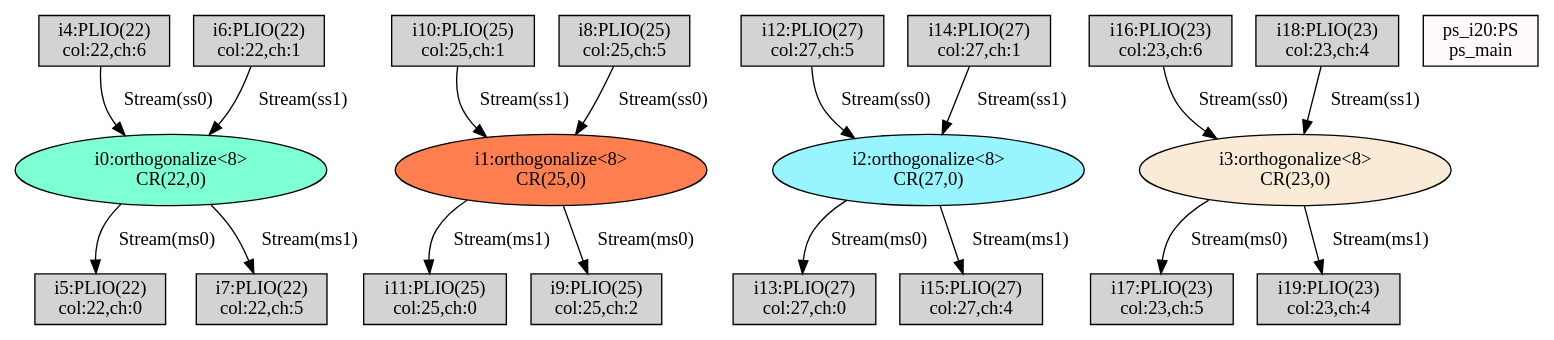
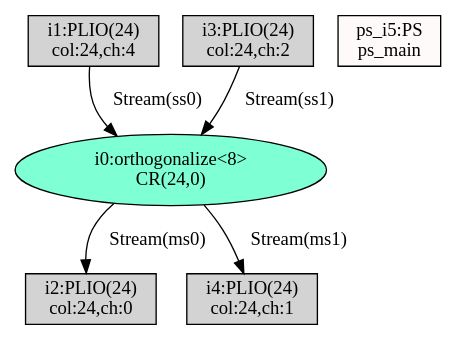
One commit to lxy-littlechai/SVD changed the diagram in Jacobi_AIE_Scalar/Work/temp/TopGraph_mapped_post.dot. Above: the diagram before and after it, drawn with Graphviz. The commit also changed 119 other files, not shown here.

Commit message:
Even Array Graph Done

```diff
--- a/Jacobi_AIE_Scalar/Work/temp/TopGraph_mapped_post.dot
+++ b/Jacobi_AIE_Scalar/Work/temp/TopGraph_mapped_post.dot
@@ -1,40 +1,13 @@
 digraph G { 
-"i0:orthogonalize<8>\n CR(22,0)"[style=filled, fillcolor=aquamarine]; 
-"i1:orthogonalize<8>\n CR(25,0)"[style=filled, fillcolor=coral]; 
-"i10:PLIO(25)\ncol:25,ch:1"[shape=box, style=filled, fillcolor=lightgrey]; 
-"i11:PLIO(25)\ncol:25,ch:0"[shape=box, style=filled, fillcolor=lightgrey]; 
-"i12:PLIO(27)\ncol:27,ch:5"[shape=box, style=filled, fillcolor=lightgrey]; 
-"i13:PLIO(27)\ncol:27,ch:0"[shape=box, style=filled, fillcolor=lightgrey]; 
-"i14:PLIO(27)\ncol:27,ch:1"[shape=box, style=filled, fillcolor=lightgrey]; 
-"i15:PLIO(27)\ncol:27,ch:4"[shape=box, style=filled, fillcolor=lightgrey]; 
-"i16:PLIO(23)\ncol:23,ch:6"[shape=box, style=filled, fillcolor=lightgrey]; 
-"i17:PLIO(23)\ncol:23,ch:5"[shape=box, style=filled, fillcolor=lightgrey]; 
-"i18:PLIO(23)\ncol:23,ch:4"[shape=box, style=filled, fillcolor=lightgrey]; 
-"i19:PLIO(23)\ncol:23,ch:4"[shape=box, style=filled, fillcolor=lightgrey]; 
-"i2:orthogonalize<8>\n CR(27,0)"[style=filled, fillcolor=cadetblue1]; 
-"i3:orthogonalize<8>\n CR(23,0)"[style=filled, fillcolor=antiquewhite]; 
-"i4:PLIO(22)\ncol:22,ch:6"[shape=box, style=filled, fillcolor=lightgrey]; 
-"i5:PLIO(22)\ncol:22,ch:0"[shape=box, style=filled, fillcolor=lightgrey]; 
-"i6:PLIO(22)\ncol:22,ch:1"[shape=box, style=filled, fillcolor=lightgrey]; 
-"i7:PLIO(22)\ncol:22,ch:5"[shape=box, style=filled, fillcolor=lightgrey]; 
-"i8:PLIO(25)\ncol:25,ch:5"[shape=box, style=filled, fillcolor=lightgrey]; 
-"i9:PLIO(25)\ncol:25,ch:2"[shape=box, style=filled, fillcolor=lightgrey]; 
-"ps_i20:PS\nps_main"[shape=box, style=filled, fillcolor=snow]; 
-"i4:PLIO(22)\ncol:22,ch:6" -> "i0:orthogonalize<8>\n CR(22,0)"[label=" Stream(ss0)"];
-"i6:PLIO(22)\ncol:22,ch:1" -> "i0:orthogonalize<8>\n CR(22,0)"[label=" Stream(ss1)"];
-"i0:orthogonalize<8>\n CR(22,0)" -> "i5:PLIO(22)\ncol:22,ch:0"[label=" Stream(ms0)"];
-"i0:orthogonalize<8>\n CR(22,0)" -> "i7:PLIO(22)\ncol:22,ch:5"[label=" Stream(ms1)"];
-"i8:PLIO(25)\ncol:25,ch:5" -> "i1:orthogonalize<8>\n CR(25,0)"[label=" Stream(ss0)"];
-"i10:PLIO(25)\ncol:25,ch:1" -> "i1:orthogonalize<8>\n CR(25,0)"[label=" Stream(ss1)"];
-"i1:orthogonalize<8>\n CR(25,0)" -> "i9:PLIO(25)\ncol:25,ch:2"[label=" Stream(ms0)"];
-"i1:orthogonalize<8>\n CR(25,0)" -> "i11:PLIO(25)\ncol:25,ch:0"[label=" Stream(ms1)"];
-"i12:PLIO(27)\ncol:27,ch:5" -> "i2:orthogonalize<8>\n CR(27,0)"[label=" Stream(ss0)"];
-"i14:PLIO(27)\ncol:27,ch:1" -> "i2:orthogonalize<8>\n CR(27,0)"[label=" Stream(ss1)"];
-"i2:orthogonalize<8>\n CR(27,0)" -> "i13:PLIO(27)\ncol:27,ch:0"[label=" Stream(ms0)"];
-"i2:orthogonalize<8>\n CR(27,0)" -> "i15:PLIO(27)\ncol:27,ch:4"[label=" Stream(ms1)"];
-"i16:PLIO(23)\ncol:23,ch:6" -> "i3:orthogonalize<8>\n CR(23,0)"[label=" Stream(ss0)"];
-"i18:PLIO(23)\ncol:23,ch:4" -> "i3:orthogonalize<8>\n CR(23,0)"[label=" Stream(ss1)"];
-"i3:orthogonalize<8>\n CR(23,0)" -> "i17:PLIO(23)\ncol:23,ch:5"[label=" Stream(ms0)"];
-"i3:orthogonalize<8>\n CR(23,0)" -> "i19:PLIO(23)\ncol:23,ch:4"[label=" Stream(ms1)"];
+"i0:orthogonalize<8>\n CR(24,0)"[style=filled, fillcolor=aquamarine]; 
+"i1:PLIO(24)\ncol:24,ch:4"[shape=box, style=filled, fillcolor=lightgrey]; 
+"i2:PLIO(24)\ncol:24,ch:0"[shape=box, style=filled, fillcolor=lightgrey]; 
+"i3:PLIO(24)\ncol:24,ch:2"[shape=box, style=filled, fillcolor=lightgrey]; 
+"i4:PLIO(24)\ncol:24,ch:1"[shape=box, style=filled, fillcolor=lightgrey]; 
+"ps_i5:PS\nps_main"[shape=box, style=filled, fillcolor=snow]; 
+"i1:PLIO(24)\ncol:24,ch:4" -> "i0:orthogonalize<8>\n CR(24,0)"[label=" Stream(ss0)"];
+"i3:PLIO(24)\ncol:24,ch:2" -> "i0:orthogonalize<8>\n CR(24,0)"[label=" Stream(ss1)"];
+"i0:orthogonalize<8>\n CR(24,0)" -> "i2:PLIO(24)\ncol:24,ch:0"[label=" Stream(ms0)"];
+"i0:orthogonalize<8>\n CR(24,0)" -> "i4:PLIO(24)\ncol:24,ch:1"[label=" Stream(ms1)"];
 
  }
```
